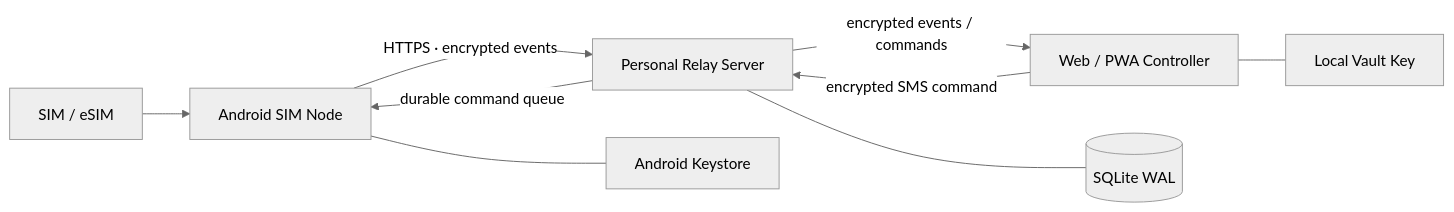
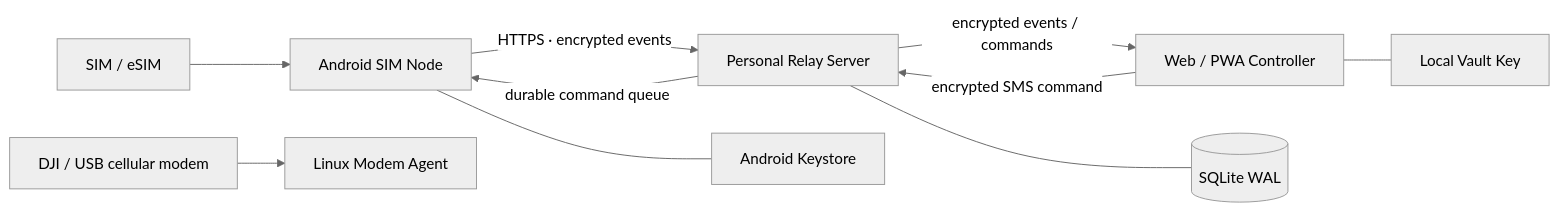
Before and after one commit to blackkcold/simhub: the diagram in README.md, drawn with Mermaid (neutral theme). The commit also changed other lines of this file and 56 other files, not shown here.

````diff
--- a/README.md
+++ b/README.md
@@ -44,12 +44,13 @@
 ```mermaid
 flowchart LR
     SIM["SIM / eSIM"] --> A["Android SIM Node"]
+    MODEM["DJI / USB cellular modem"] --> M["Linux Modem Agent"]
     A -->|"HTTPS · encrypted events"| R["Personal Relay Server"]
     R -->|"encrypted events / commands"| W["Web / PWA Controller"]
     W -->|"encrypted SMS command"| R
     R -->|"durable command queue"| A
 
     A --- K["Android Keystore"]
     R --- DB[("SQLite WAL")]
     W --- V["Local Vault Key"]
 ```
````
